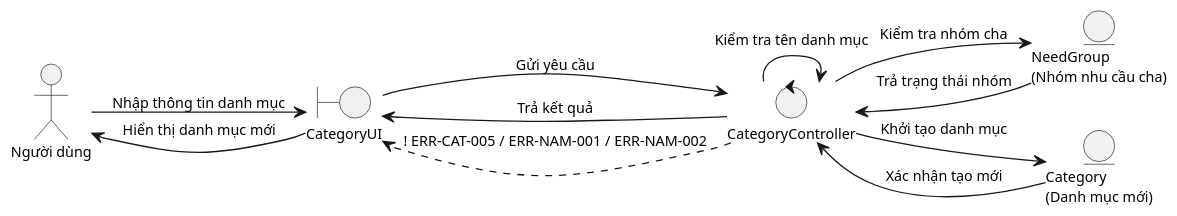
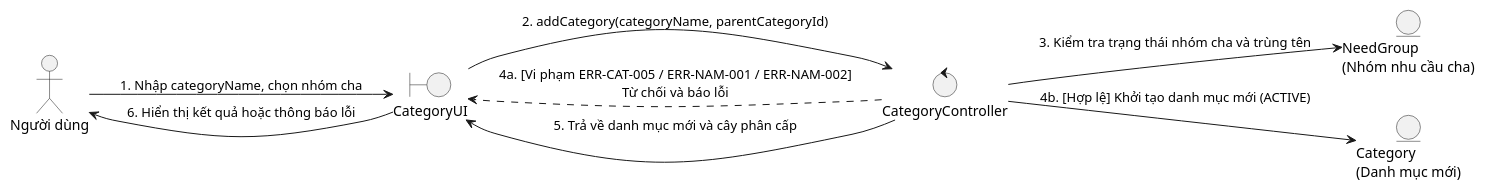
One commit to mynhleeh/pfms-oop changed the fourth of 6 diagrams in docs/object-oriented-analysis/06-so-do-robustness-va-the-crc.md. Above: the diagram before and after it, drawn with PlantUML. The commit also changed other lines of this file and 7 other files, not shown here.

````diff
--- a/docs/object-oriented-analysis/06-so-do-robustness-va-the-crc.md
+++ b/docs/object-oriented-analysis/06-so-do-robustness-va-the-crc.md
@@ -168,28 +163,19 @@
 ```plantuml
 @startuml
 left to right direction
-skinparam defaultFontSize 11
-skinparam nodesep 20
-skinparam ranksep 30
-skinparam shadowing false
-scale 1.3
 
 actor "Người dùng" as user
 boundary "CategoryUI" as view
 control "CategoryController" as ctrl
 entity "NeedGroup\n(Nhóm nhu cầu cha)" as needGrp
 entity "Category\n(Danh mục mới)" as catEnt
 
-user --> view : Nhập thông tin danh mục
-view --> ctrl : Gửi yêu cầu
-ctrl --> needGrp : Kiểm tra nhóm cha
-needGrp --> ctrl : Trả trạng thái nhóm
-ctrl --> ctrl : Kiểm tra tên danh mục
-ctrl --> catEnt : Khởi tạo danh mục
-catEnt --> ctrl : Xác nhận tạo mới
-ctrl --> view : Trả kết quả
-view --> user : Hiển thị danh mục mới
-
-ctrl ..> view : ! ERR-CAT-005 / ERR-NAM-001 / ERR-NAM-002
+user --> view : 1. Nhập categoryName, chọn nhóm cha
+view --> ctrl : 2. addCategory(categoryName, parentCategoryId)
+ctrl --> needGrp : 3. Kiểm tra trạng thái nhóm cha và trùng tên
+ctrl ..> view : 4a. [Vi phạm ERR-CAT-005 / ERR-NAM-001 / ERR-NAM-002]\nTừ chối và báo lỗi
+ctrl --> catEnt : 4b. [Hợp lệ] Khởi tạo danh mục mới (ACTIVE)
+ctrl --> view : 5. Trả về danh mục mới và cây phân cấp
+view --> user : 6. Hiển thị kết quả hoặc thông báo lỗi
 @enduml
 ```
````
